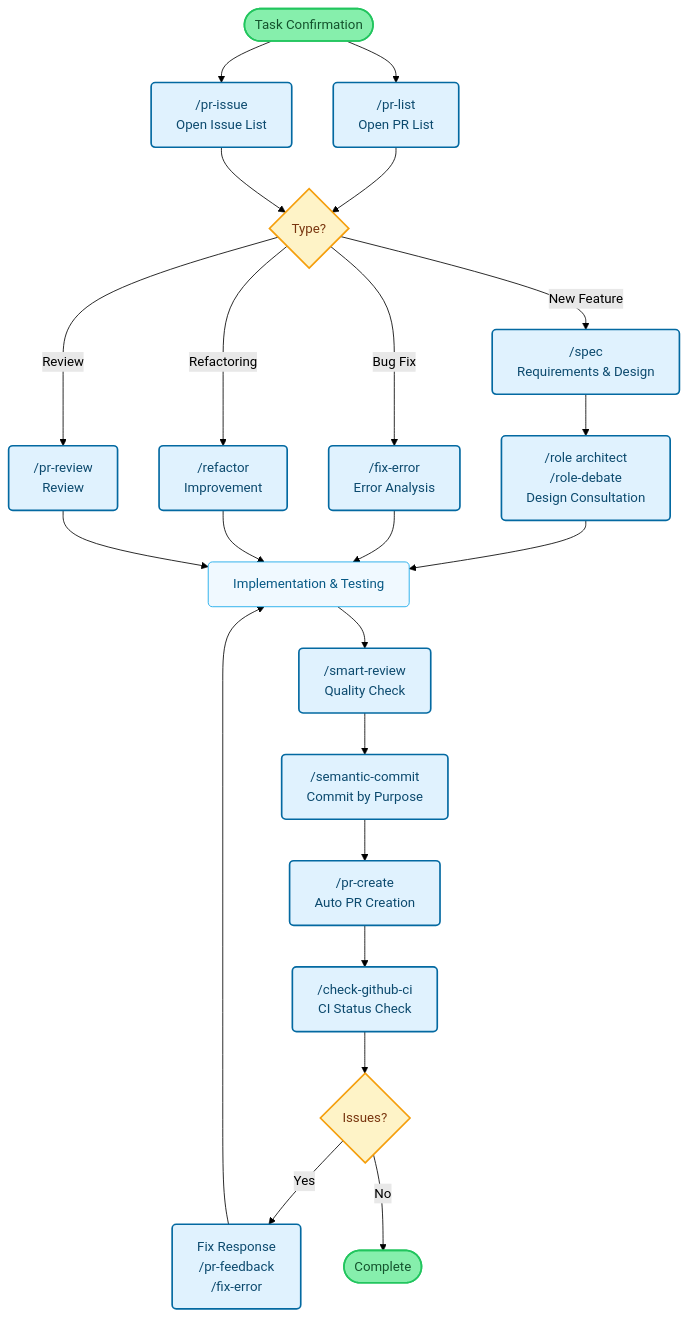
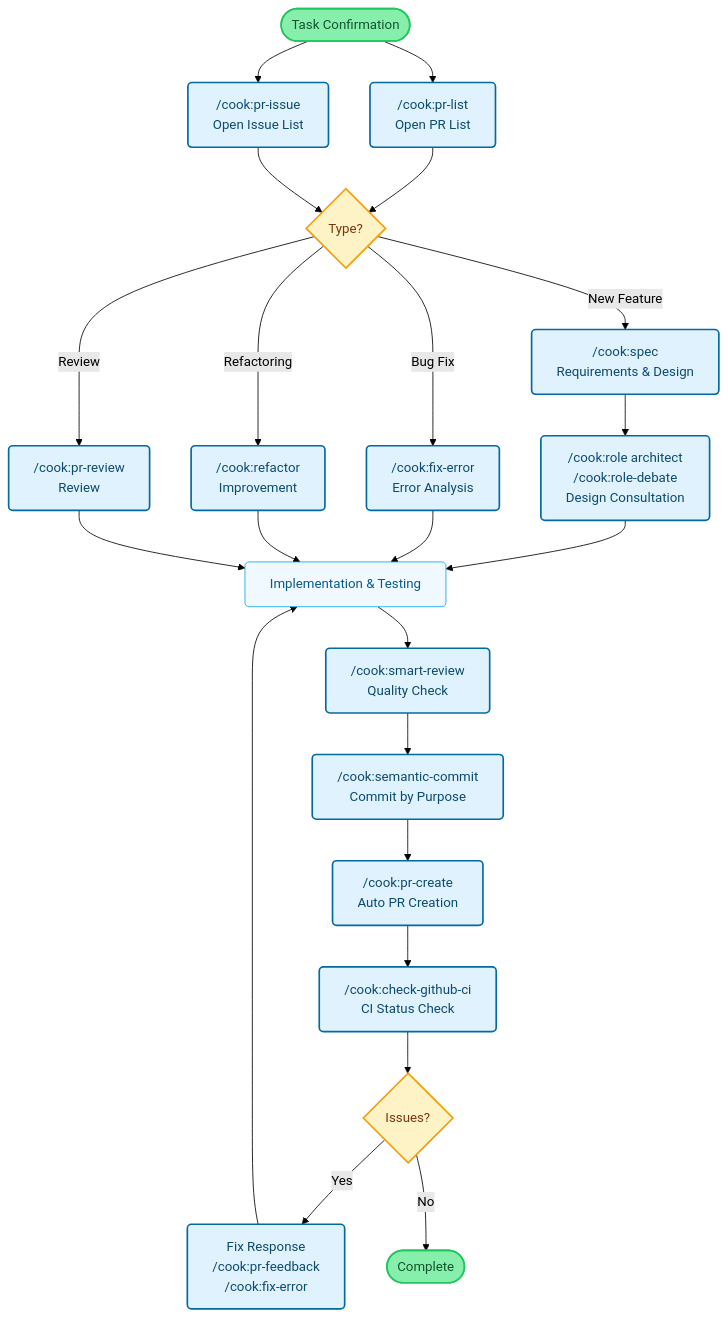
Before and after one commit to wasabeef/claude-code-cookbook: the diagram in README.md, drawn with Mermaid (forest theme). The commit also changed 8 other files, not shown here.

Commit message:
docs: add plugin namespace prefix to Mermaid flowchart commands

````diff
--- a/README.md
+++ b/README.md
@@ -121,40 +121,40 @@
 ```mermaid
 flowchart TB
-    Start([Task Confirmation]) --> PRList["/pr-list<br/>Open PR List"]
-    Start --> PRIssue["/pr-issue<br/>Open Issue List"]
+    Start([Task Confirmation]) --> PRList["/cook:pr-list<br/>Open PR List"]
+    Start --> PRIssue["/cook:pr-issue<br/>Open Issue List"]
 
     PRList --> TaskType{Type?}
     PRIssue --> TaskType
 
-    TaskType -->|New Feature| Plan["/spec<br/>Requirements & Design"]
-    TaskType -->|Bug Fix| Fix["/fix-error<br/>Error Analysis"]
-    TaskType -->|Refactoring| Refactor["/refactor<br/>Improvement"]
-    TaskType -->|Review| Review["/pr-review<br/>Review"]
+    TaskType -->|New Feature| Plan["/cook:spec<br/>Requirements & Design"]
+    TaskType -->|Bug Fix| Fix["/cook:fix-error<br/>Error Analysis"]
+    TaskType -->|Refactoring| Refactor["/cook:refactor<br/>Improvement"]
+    TaskType -->|Review| Review["/cook:pr-review<br/>Review"]
 
-    Plan --> Design["/role architect<br/>/role-debate<br/>Design Consultation"]
+    Plan --> Design["/cook:role architect<br/>/cook:role-debate<br/>Design Consultation"]
     Design --> Implementation[Implementation & Testing]
     Fix --> Implementation
     Refactor --> Implementation
     Review --> Implementation
 
-    Implementation --> Check["/smart-review<br/>Quality Check"]
-    Check --> Commit["/semantic-commit<br/>Commit by Purpose"]
-    Commit --> PR["/pr-create<br/>Auto PR Creation"]
-    PR --> CI["/check-github-ci<br/>CI Status Check"]
+    Implementation --> Check["/cook:smart-review<br/>Quality Check"]
+    Check --> Commit["/cook:semantic-commit<br/>Commit by Purpose"]
+    Commit --> PR["/cook:pr-create<br/>Auto PR Creation"]
+    PR --> CI["/cook:check-github-ci<br/>CI Status Check"]
 
     CI --> Status{Issues?}
-    Status -->|Yes| Feedback["Fix Response<br/>/pr-feedback<br/>/fix-error"]
+    Status -->|Yes| Feedback["Fix Response<br/>/cook:pr-feedback<br/>/cook:fix-error"]
     Status -->|No| End([Complete])
 
     Feedback --> Implementation
 
     classDef commandBox fill:#e0f2fe,stroke:#0369a1,stroke-width:2px,rx:5,ry:5,color:#0c4a6e
     classDef processBox fill:#f0f9ff,stroke:#0ea5e9,stroke-width:1px,rx:5,ry:5,color:#075985
     classDef decisionBox fill:#fef3c7,stroke:#f59e0b,stroke-width:2px,rx:5,ry:5,color:#78350f
     classDef startEnd fill:#86efac,stroke:#22c55e,stroke-width:2px,rx:20,ry:20,color:#14532d
 
     class PRList,PRIssue,Plan,Fix,Refactor,Review,Design,Check,CI,Commit,PR,Feedback commandBox
     class Implementation processBox
     class TaskType,Status decisionBox
     class Start,End startEnd
 ```
````
